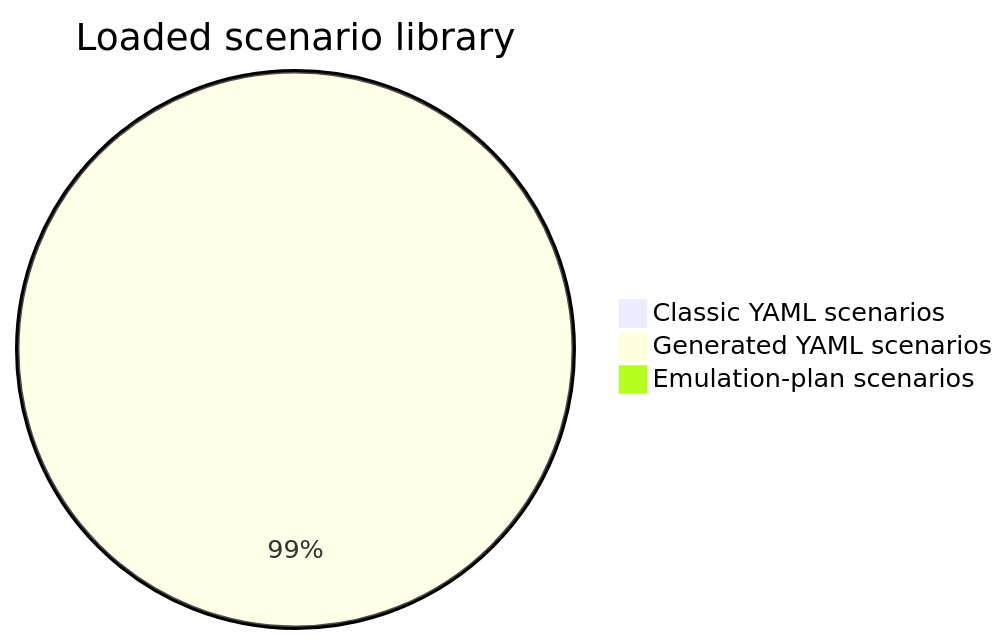
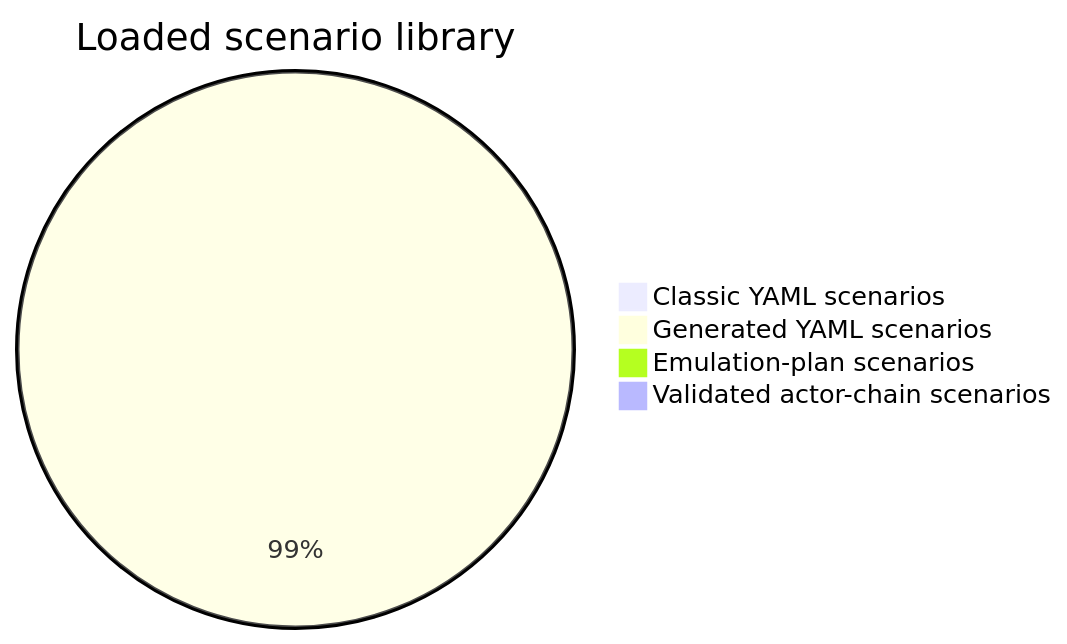
The third of 5 diagrams in README.md (omarbabba779xx/APT-Simulator), drawn with Mermaid before and after one commit. The commit also changed other lines of this file and 30 other files, not shown here.

````diff
--- a/README.md
+++ b/README.md
@@ -71,6 +77,7 @@
 ```mermaid
 pie title Loaded scenario library
     "Classic YAML scenarios" : 11
     "Generated YAML scenarios" : 2500
     "Emulation-plan scenarios" : 11
+    "Validated actor-chain scenarios" : 12
 ```
````
